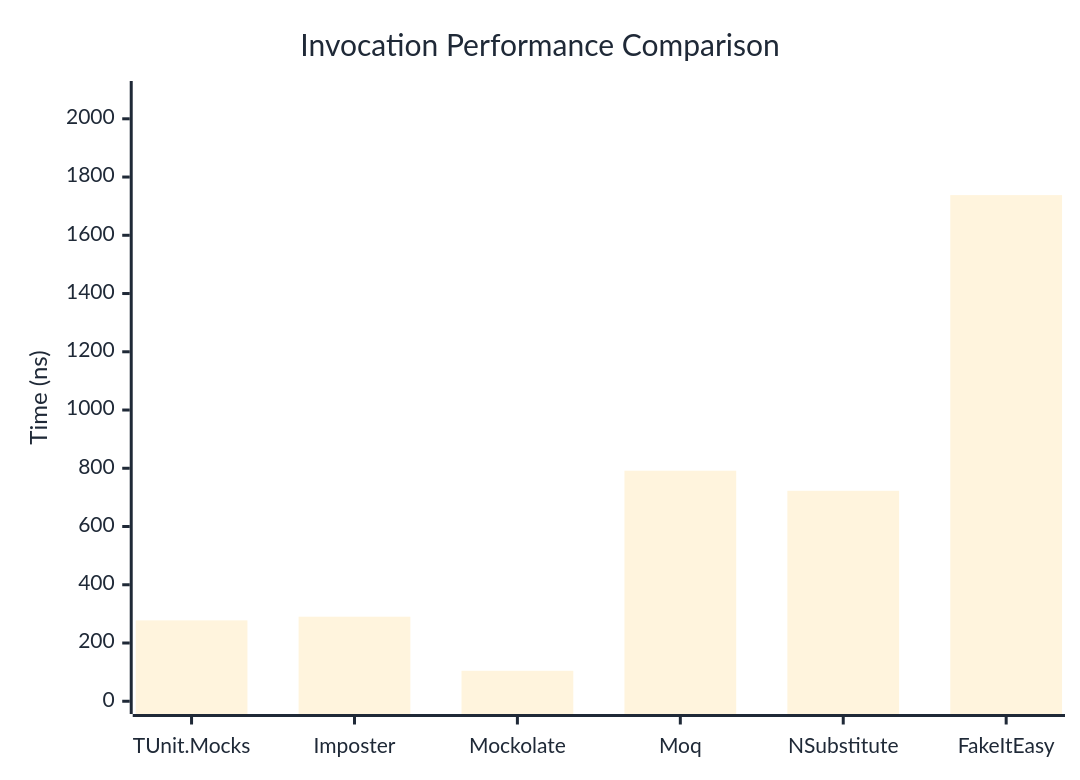
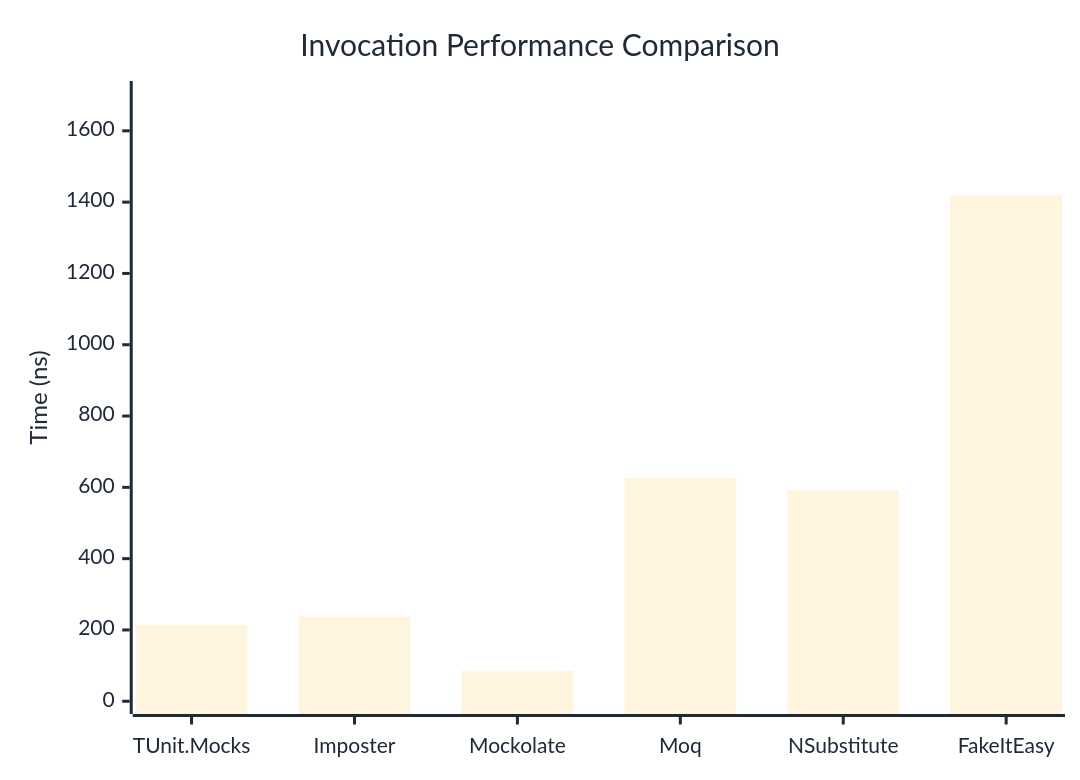
Before and after one commit to thomhurst/TUnit: the first of 3 diagrams in docs/docs/benchmarks/mocks/Invocation.md, drawn with Mermaid. The commit also changed other lines of this file and 14 other files, not shown here.

````diff
--- a/docs/docs/benchmarks/mocks/Invocation.md
+++ b/docs/docs/benchmarks/mocks/Invocation.md
@@ -30,27 +30,27 @@
 ```mermaid
 %%{init: {
   'theme':'base',
   'themeVariables': {
     'primaryColor': '#2563eb',
     'primaryTextColor': '#1f2937',
     'primaryBorderColor': '#1e40af',
     'lineColor': '#6b7280',
     'secondaryColor': '#7c3aed',
     'tertiaryColor': '#dc2626',
     'background': '#ffffff',
     'pie1': '#2563eb',
     'pie2': '#7c3aed',
     'pie3': '#dc2626',
     'pie4': '#f59e0b',
     'pie5': '#10b981',
     'pie6': '#06b6d4',
     'pie7': '#ec4899',
     'pie8': '#6366f1'
   }
 }}%%
 xychart-beta
   title "Invocation Performance Comparison"
   x-axis ["TUnit.Mocks", "Imposter", "Mockolate", "Moq", "NSubstitute", "FakeItEasy"]
-  y-axis "Time (ns)" 0 --> 2086
-  bar [277.74, 290.32, 104.55, 791.63, 722.7, 1737.95]
+  y-axis "Time (ns)" 0 --> 1704
+  bar [214.65, 237.29, 85.35, 626.15, 591.03, 1419.22]
 ```
````
